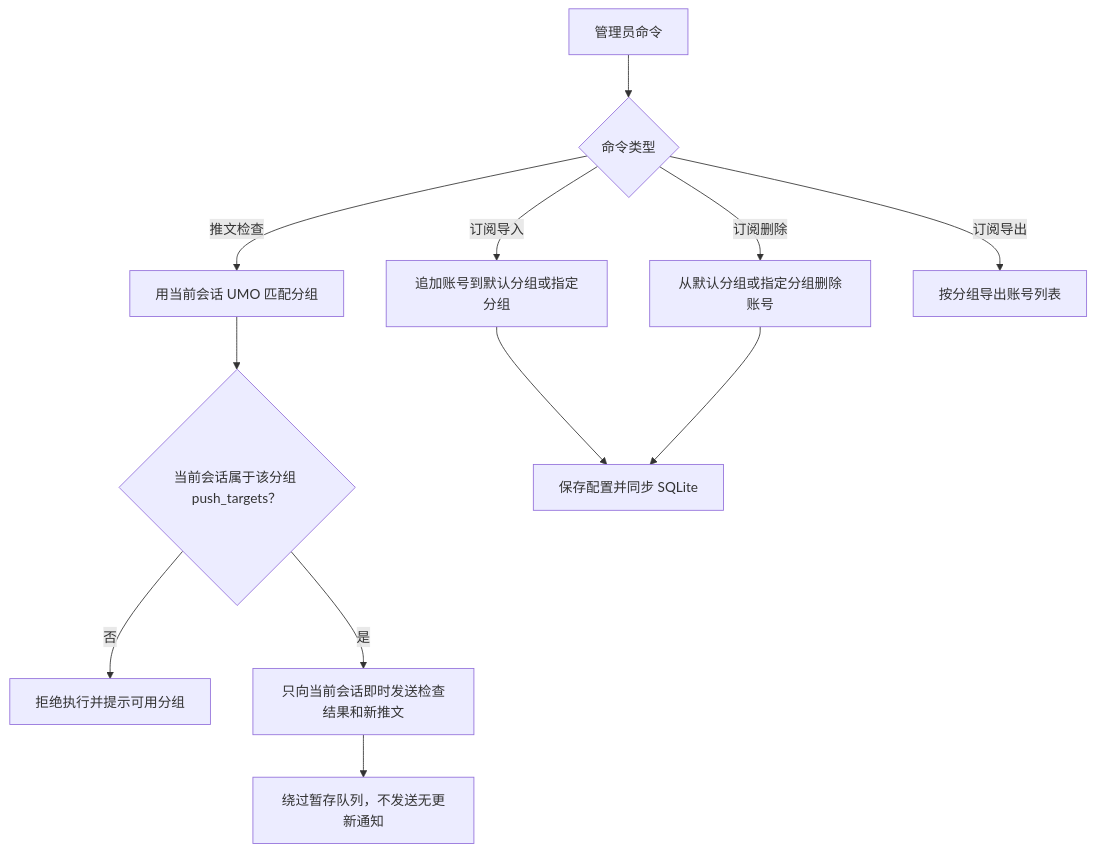
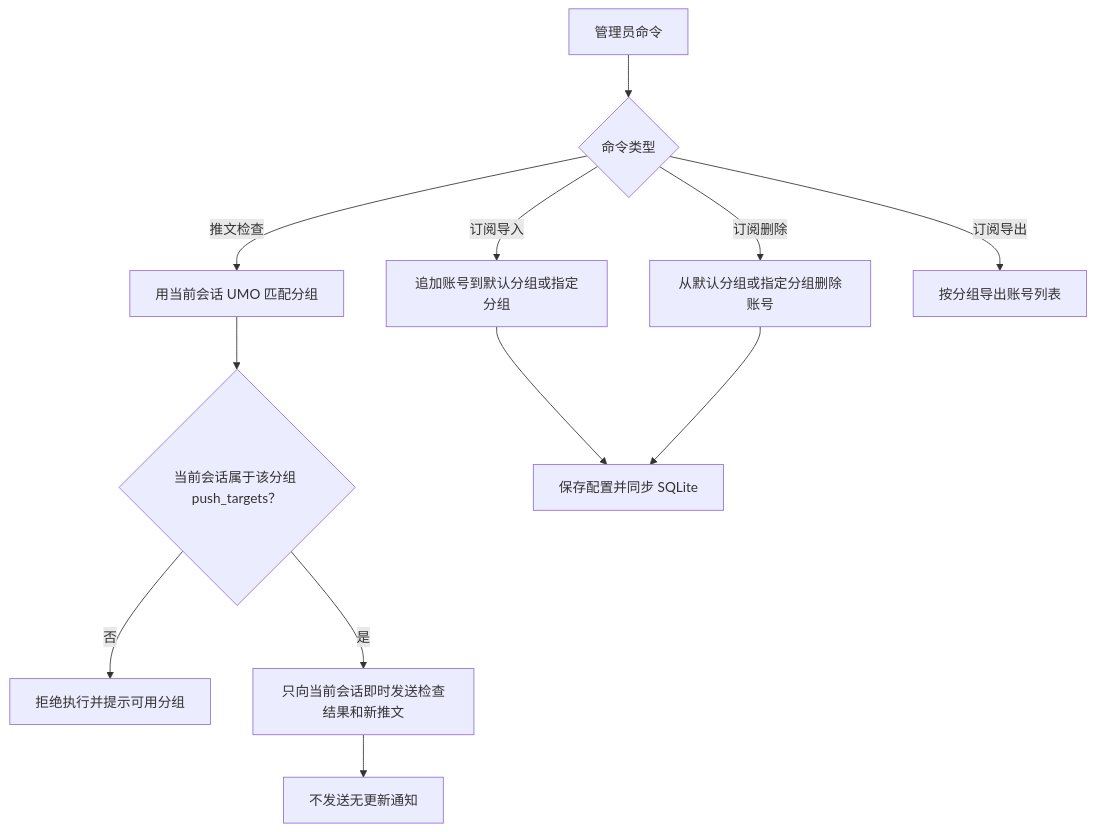
One commit to shitianyaa/astrbot_plugin_nitter_tweets changed the third of 3 diagrams in docs/advanced.md. Above: the diagram before and after it, drawn with Mermaid. The commit also changed other lines of this file and 32 other files, not shown here.

````diff
--- a/docs/advanced.md
+++ b/docs/advanced.md
@@ -65,14 +63,14 @@
 ```mermaid
 flowchart TD
     A["管理员命令"] --> B{"命令类型"}
     B -->|推文检查| C["用当前会话 UMO 匹配分组"]
     C --> D{"当前会话属于该分组 push_targets？"}
     D -->|否| E["拒绝执行并提示可用分组"]
     D -->|是| F["只向当前会话即时发送检查结果和新推文"]
-    F --> G["绕过暂存队列，不发送无更新通知"]
+    F --> G["不发送无更新通知"]
     B -->|订阅导入| H["追加账号到默认分组或指定分组"]
     B -->|订阅删除| I["从默认分组或指定分组删除账号"]
     B -->|订阅导出| J["按分组导出账号列表"]
     H --> K["保存配置并同步 SQLite"]
     I --> K
 ```
````
